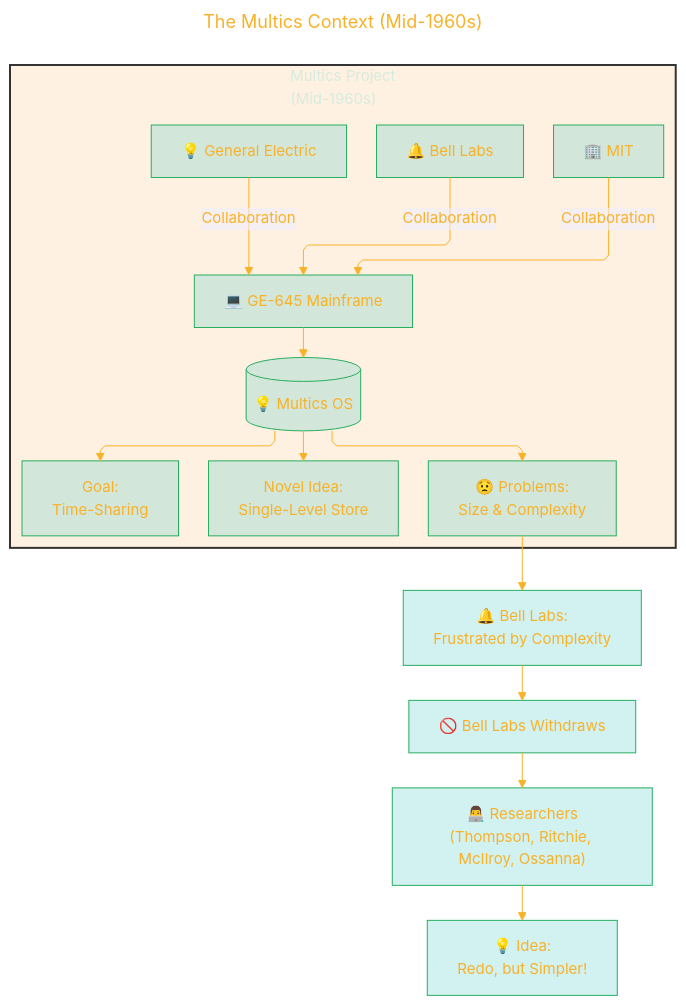
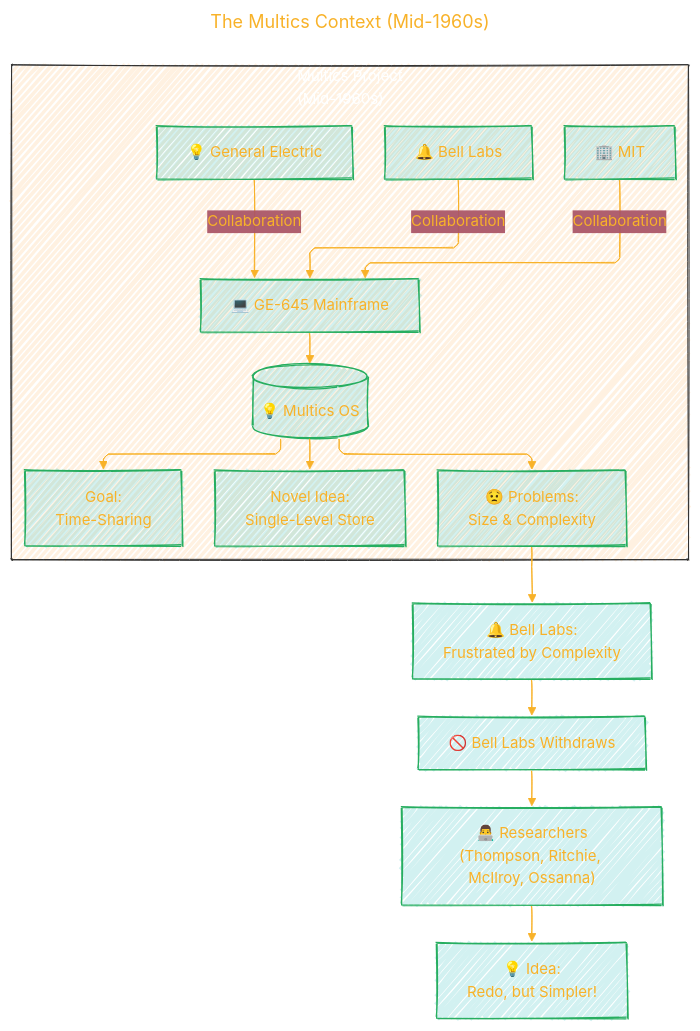
Before and after one commit to CongLeSolutionX/Digital-Bedrock-Landscape: the first of 7 diagrams in THE_PAST/PART-1_History_of_Unix.md, drawn with Mermaid. The commit also changed other lines of this file, not shown here.

Commit message:
update notes

````diff
--- a/THE_PAST/PART-1_History_of_Unix.md
+++ b/THE_PAST/PART-1_History_of_Unix.md
@@ -50,62 +50,63 @@
 ```mermaid
 ---
 title: "The Multics Context (Mid-1960s)"
 author: "Cong Le"
 version: "1.0"
 license(s): "MIT, CC BY-SA 4.0"
 copyright: "Copyright (c) 2025 Cong Le. All Rights Reserved."
 config:
   layout: elk
   theme: base
+  look: handDrawn
 ---
 %%%%%%%% Mermaid version v11.4.1-b.14
 %%%%%%%% Available curve styles include the following keywords:
 %% basis, bumpX, bumpY, cardinal, catmullRom, linear, monotoneX, monotoneY, natural, step, stepAfter, stepBefore.
 %%{
   init: {
     'flowchart': { 'htmlLabels': true, 'curve': 'linear'},
     'fontFamily': 'Monaco',
     'themeVariables': {
       'primaryColor': '#2BB3',
       'primaryTextColor': '#F8B229',
       'lineColor': '#F8B229',
       'primaryBorderColor': '#27AE60',
-      'secondaryColor': '#EEF2',
+      'secondaryColor': '#A56D',
       'secondaryTextColor': '#6C3483',
       'secondaryBorderColor': '#A569BD',
       'fontSize': '15px'
     }
   }
 }%%
 flowchart TD
     subgraph Multics_Project["Multics Project<br/>(Mid-1960s)"]
-    style Multics_Project fill:#f922,stroke:#333,stroke-width:2px
+    style Multics_Project fill:#f922,stroke:#333,stroke-width:1px, color: #FFFF
         ORG_MIT["🏢 MIT"]
         ORG_BellLabs["🔔 Bell Labs"]
         ORG_GE["💡 General Electric"]
         Mainframe["💻 GE-645 Mainframe"]
 
         ORG_MIT -->|Collaboration| Mainframe
         ORG_BellLabs -->|Collaboration| Mainframe
         ORG_GE -->|Collaboration| Mainframe
         Mainframe --> Multics_OS[("💡 Multics OS")]
 
         Multics_OS --> Feat1["Novel Idea:<br/>Single-Level Store"]
         Multics_OS --> Feat2["Goal:<br/>Time-Sharing"]
         Multics_OS --> Problem1["😟 Problems:<br/>Size & Complexity"]
     end
 
     BellLabs_Frustration["🔔 Bell Labs:<br/>Frustrated by Complexity"]
     Problem1 --> BellLabs_Frustration
     BellLabs_Frustration --> BellLabs_Withdrawal["🚫 Bell Labs Withdraws"]
 
     BellLabs_Withdrawal --> Researchers_Vision["👨‍💻 Researchers<br/>(Thompson, Ritchie, McIlroy, Ossanna)"]
     Researchers_Vision --> New_System_Idea["💡 Idea:<br/>Redo, but Simpler!"]
 
     click ORG_MIT "https://en.wikipedia.org/wiki/Massachusetts_Institute_of_Technology" "MIT"
     click ORG_BellLabs "https://en.wikipedia.org/wiki/Bell_Labs" "Bell Labs"
     click ORG_GE "https://en.wikipedia.org/wiki/General_Electric" "General Electric"
     click Mainframe "https://en.wikipedia.org/wiki/GE-600_series" "GE-645 Mainframe"
     click Multics_OS "https://en.wikipedia.org/wiki/Multics" "Multics OS"
     
 ```
````
